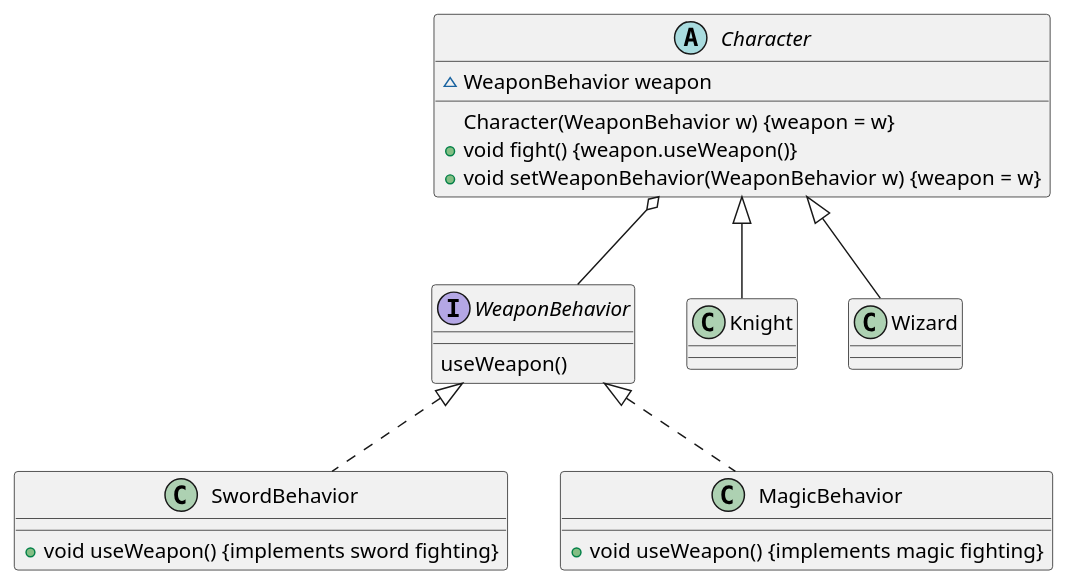
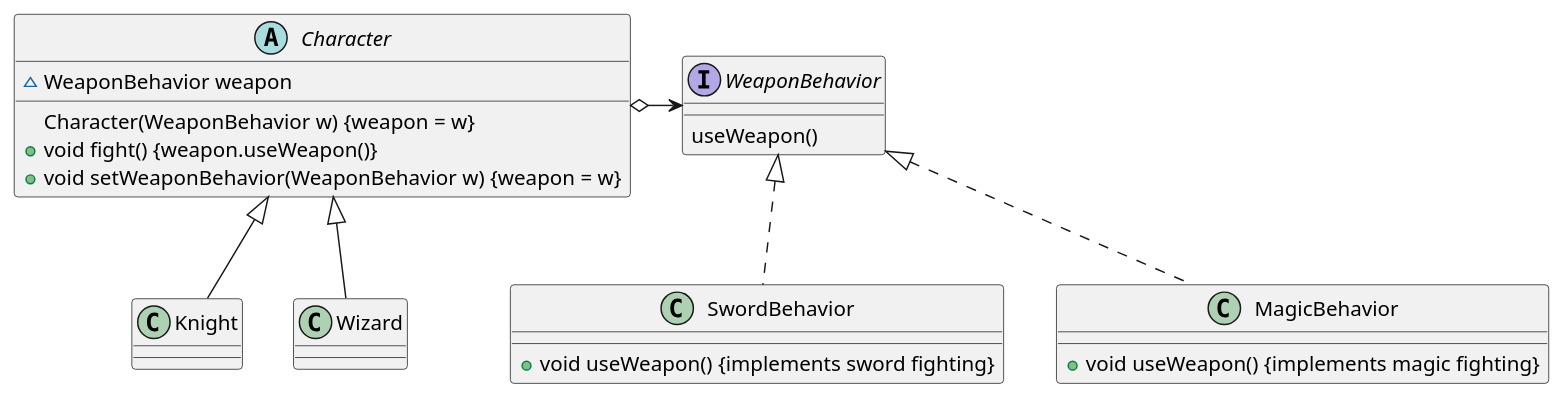
One commit to azdanov/design-patterns changed the diagram in UML/strategy.puml. Above: the diagram before and after it, drawn with PlantUML. The commit also changed 5 other files, not shown here.

```diff
--- a/UML/strategy.puml
+++ b/UML/strategy.puml
@@ -1,27 +1,27 @@
 @startuml Strategy
 abstract class Character {
   {field} ~WeaponBehavior weapon
   {method} Character(WeaponBehavior w) {weapon = w}
   {method} +void fight() {weapon.useWeapon()}
   {method} +void setWeaponBehavior(WeaponBehavior w) {weapon = w}
 }
-
-Character o-- WeaponBehavior
 
 class Knight extends Character
 
 class Wizard extends Character
 
 interface WeaponBehavior {
   {method} useWeapon()
 }
 
 class SwordBehavior implements WeaponBehavior {
   {method} +void useWeapon() {implements sword fighting}
 }
 
 class MagicBehavior implements WeaponBehavior {
   {method} +void useWeapon() {implements magic fighting}
 }
 
+Character o-> WeaponBehavior
+
 @enduml
```
